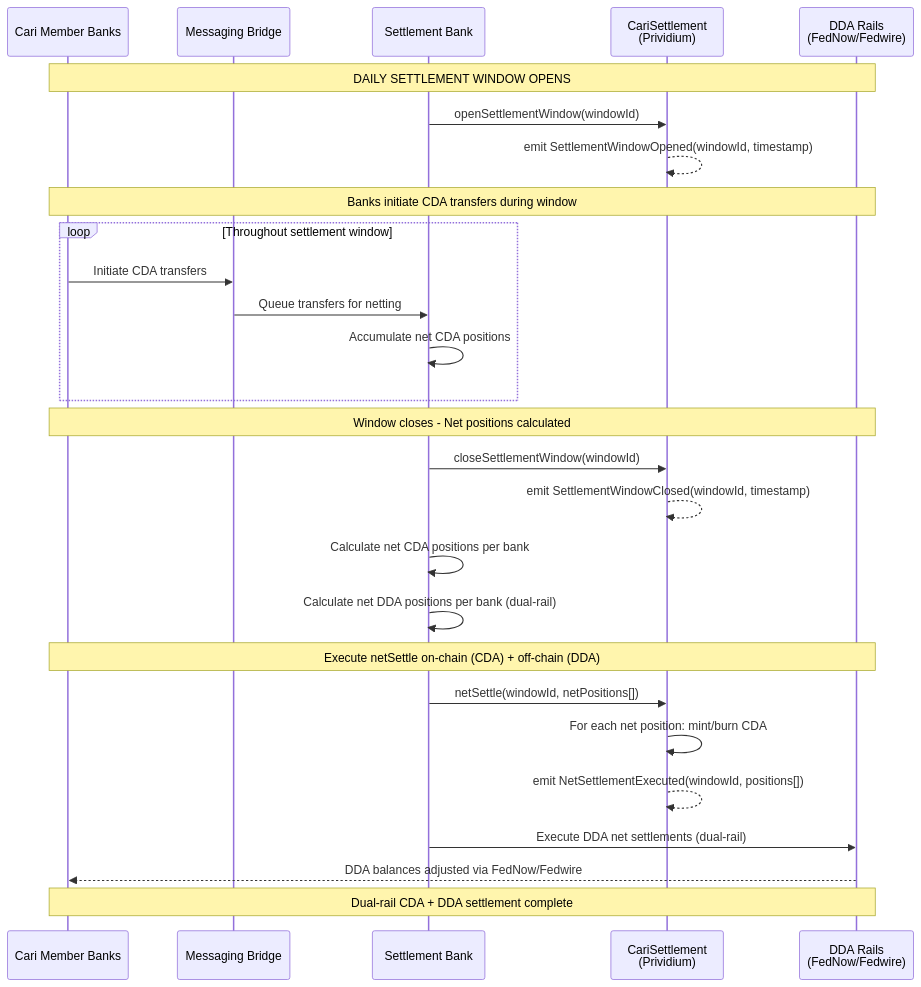
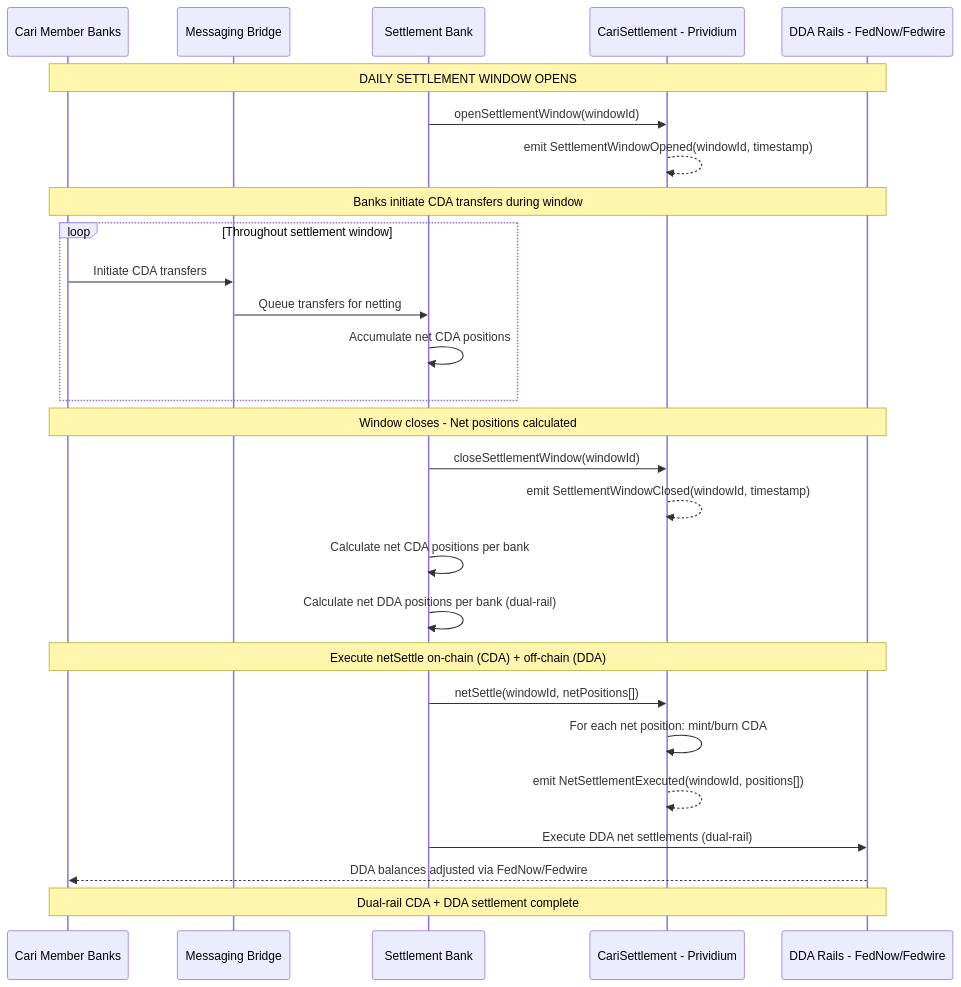
Before and after one commit to jnodes/tokenized-deposits: the fourth of 7 diagrams in arb_package/end_to_end_flows.md, drawn with Mermaid. The commit also changed other lines of this file and 6 other files, not shown here.

Commit message:
fix: repair Mermaid diagram syntax for GitHub rendering — quote special chars, remove em-dashes, fix participant labels

````diff
--- a/arb_package/end_to_end_flows.md
+++ b/arb_package/end_to_end_flows.md
@@ -196,40 +196,40 @@
 ```mermaid
 sequenceDiagram
     participant Banks as Cari Member Banks
     participant BRIDGE as Messaging Bridge
     participant SBANK as Settlement Bank
-    participant CONTRACT as CariSettlement<br/>(Prividium)
-    participant DDA as DDA Rails<br/>(FedNow/Fedwire)
+    participant CONTRACT as CariSettlement - Prividium
+    participant DDA as DDA Rails - FedNow/Fedwire
 
     Note over Banks,DDA: DAILY SETTLEMENT WINDOW OPENS
 
     SBANK->>CONTRACT: openSettlementWindow(windowId)
     CONTRACT-->>CONTRACT: emit SettlementWindowOpened(windowId, timestamp)
 
     Note over Banks,DDA: Banks initiate CDA transfers during window
 
     loop Throughout settlement window
         Banks->>BRIDGE: Initiate CDA transfers
         BRIDGE->>SBANK: Queue transfers for netting
         SBANK->>SBANK: Accumulate net CDA positions
     end
 
     Note over Banks,DDA: Window closes - Net positions calculated
 
     SBANK->>CONTRACT: closeSettlementWindow(windowId)
     CONTRACT-->>CONTRACT: emit SettlementWindowClosed(windowId, timestamp)
 
     SBANK->>SBANK: Calculate net CDA positions per bank
     SBANK->>SBANK: Calculate net DDA positions per bank (dual-rail)
 
     Note over Banks,DDA: Execute netSettle on-chain (CDA) + off-chain (DDA)
 
     SBANK->>CONTRACT: netSettle(windowId, netPositions[])
     CONTRACT->>CONTRACT: For each net position: mint/burn CDA
     CONTRACT-->>CONTRACT: emit NetSettlementExecuted(windowId, positions[])
 
     SBANK->>DDA: Execute DDA net settlements (dual-rail)
     DDA-->>Banks: DDA balances adjusted via FedNow/Fedwire
 
     Note over Banks,DDA: Dual-rail CDA + DDA settlement complete
 ```
````
